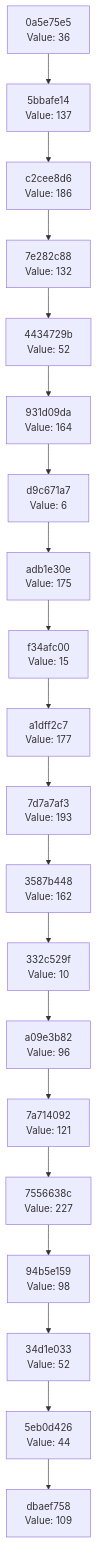
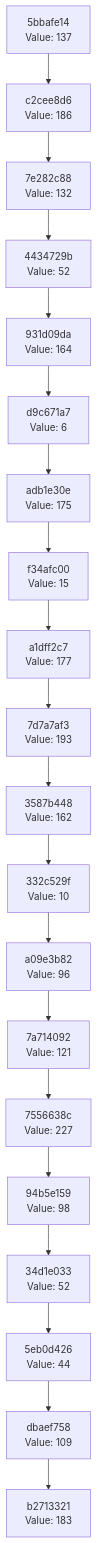
One commit to Abhisheksinha1506/hash-chain-evolver changed the diagram in docs/CHAIN_VISUALIZATION.md. Above: the diagram before and after it, drawn with Mermaid. The commit also changed 2 other files, not shown here.

Commit message:
Evolution Step

````diff
--- a/docs/CHAIN_VISUALIZATION.md
+++ b/docs/CHAIN_VISUALIZATION.md
@@ -3,42 +3,42 @@
 ```mermaid
 graph TD
-    C0["dbaef758<br/>Value: 109"]
-    C1["5eb0d426<br/>Value: 44"]
+    C0["b2713321<br/>Value: 183"]
+    C1["dbaef758<br/>Value: 109"]
     C1 --> C0
-    C2["34d1e033<br/>Value: 52"]
+    C2["5eb0d426<br/>Value: 44"]
     C2 --> C1
-    C3["94b5e159<br/>Value: 98"]
+    C3["34d1e033<br/>Value: 52"]
     C3 --> C2
-    C4["7556638c<br/>Value: 227"]
+    C4["94b5e159<br/>Value: 98"]
     C4 --> C3
-    C5["7a714092<br/>Value: 121"]
+    C5["7556638c<br/>Value: 227"]
     C5 --> C4
-    C6["a09e3b82<br/>Value: 96"]
+    C6["7a714092<br/>Value: 121"]
     C6 --> C5
-    C7["332c529f<br/>Value: 10"]
+    C7["a09e3b82<br/>Value: 96"]
     C7 --> C6
-    C8["3587b448<br/>Value: 162"]
+    C8["332c529f<br/>Value: 10"]
     C8 --> C7
-    C9["7d7a7af3<br/>Value: 193"]
+    C9["3587b448<br/>Value: 162"]
     C9 --> C8
-    C10["a1dff2c7<br/>Value: 177"]
+    C10["7d7a7af3<br/>Value: 193"]
     C10 --> C9
-    C11["f34afc00<br/>Value: 15"]
+    C11["a1dff2c7<br/>Value: 177"]
     C11 --> C10
-    C12["adb1e30e<br/>Value: 175"]
+    C12["f34afc00<br/>Value: 15"]
     C12 --> C11
-    C13["d9c671a7<br/>Value: 6"]
+    C13["adb1e30e<br/>Value: 175"]
     C13 --> C12
-    C14["931d09da<br/>Value: 164"]
+    C14["d9c671a7<br/>Value: 6"]
     C14 --> C13
-    C15["4434729b<br/>Value: 52"]
+    C15["931d09da<br/>Value: 164"]
     C15 --> C14
-    C16["7e282c88<br/>Value: 132"]
+    C16["4434729b<br/>Value: 52"]
     C16 --> C15
-    C17["c2cee8d6<br/>Value: 186"]
+    C17["7e282c88<br/>Value: 132"]
     C17 --> C16
-    C18["5bbafe14<br/>Value: 137"]
+    C18["c2cee8d6<br/>Value: 186"]
     C18 --> C17
-    C19["0a5e75e5<br/>Value: 36"]
+    C19["5bbafe14<br/>Value: 137"]
     C19 --> C18
 ```
````
